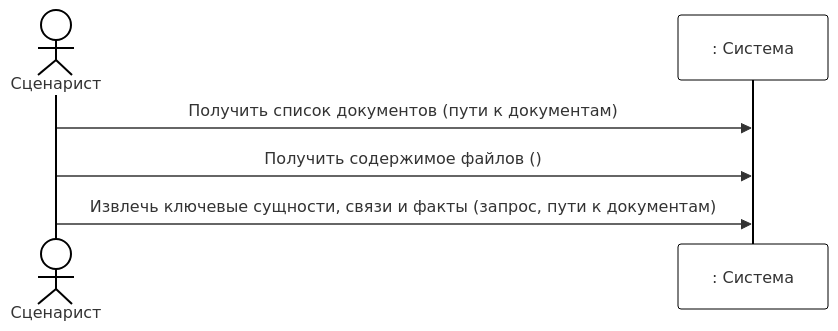
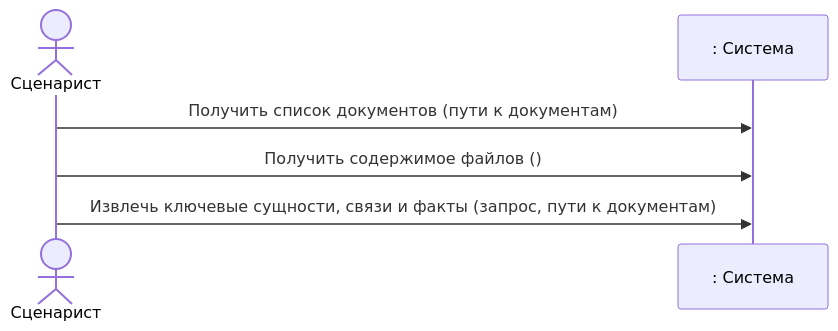
The third of 5 diagrams in 3. Диаграмма последовательностей системы.md (CHSU-scenarAIst/diagrammy), drawn with Mermaid before and after one commit. The commit also changed other lines of this file and 26 other files, not shown here.

````diff
--- a/3. Диаграмма последовательностей системы.md
+++ b/3. Диаграмма последовательностей системы.md
@@ -164,21 +157,9 @@
 ```mermaid
-%%{init: {
-  'theme': 'base',
-  'themeVariables': {
-    'primaryColor': '#fff',
-    'primaryBorderColor': '#000',
-    'lineColor': '#000',
-    'tertiaryColor': '#fff',
-    'edgeColor': '#000',
-    'fontFamily': 'arial',
-    'fontSize': '16px'
-  }
-}}%%
 sequenceDiagram
     actor User as Сценарист
     participant System as : Система
 
     User->>System: Получить список документов (пути к документам)
     User->>System: Получить содержимое файлов ()
     User->>System: Извлечь ключевые сущности, связи и факты (запрос, пути к документам)
 ```
````
